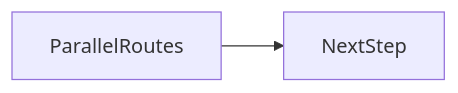
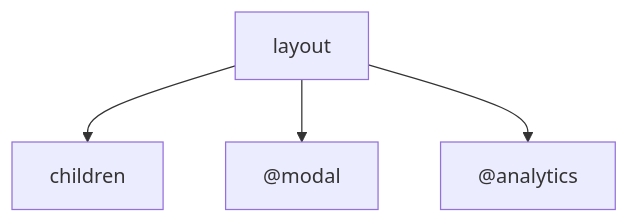
The second of 2 diagrams in docs/en/11-nextjs/parallel-routes/index.md (OmidJavaherii/Frontend-Engineering-Handbook), drawn with Mermaid before and after one commit. The commit also changed other lines of this file and 461 other files, not shown here.

````diff
--- a/docs/en/11-nextjs/parallel-routes/index.md
+++ b/docs/en/11-nextjs/parallel-routes/index.md
@@ -95,4 +119,6 @@
 ```mermaid
-flowchart LR
-  concept[ParallelRoutes] --> nextStep[NextStep]
+flowchart TD
+  L[layout] --> C[children]
+  L --> M["@modal"]
+  L --> A["@analytics"]
 ```
````
